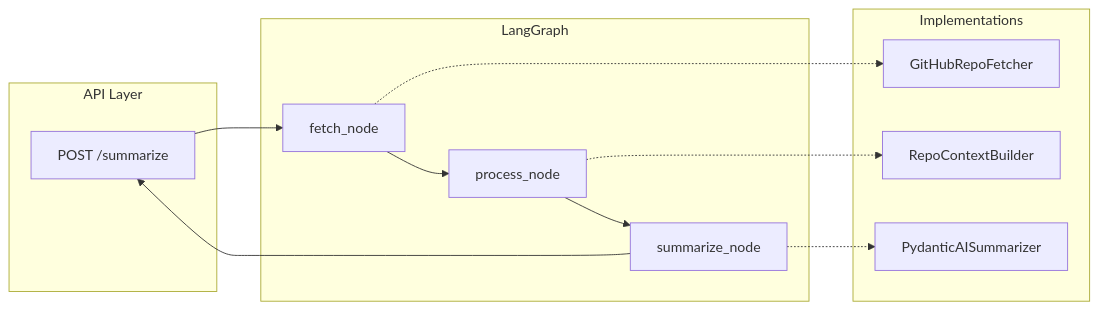
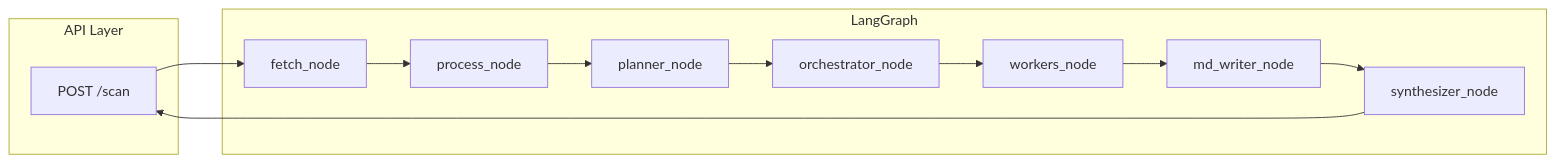
Before and after one commit to Net-AI-Git/Project-scanner: the diagram in docs/CODEBASE_SUMMARY.md, drawn with Mermaid. The commit also changed other lines of this file and 26 other files, not shown here.

````diff
--- a/docs/CODEBASE_SUMMARY.md
+++ b/docs/CODEBASE_SUMMARY.md
@@ -17,23 +17,23 @@
 ```mermaid
 flowchart LR
     subgraph api [API Layer]
-        POST["POST /summarize"]
+        POST["POST /scan"]
     end
     subgraph graph [LangGraph]
         F[fetch_node]
         P[process_node]
-        S[summarize_node]
-    end
-    subgraph impl [Implementations]
-        GF[GitHubRepoFetcher]
-        RC[RepoContextBuilder]
-        PS[PydanticAISummarizer]
+        Planner[planner_node]
+        Orch[orchestrator_node]
+        Workers[workers_node]
+        MD[md_writer_node]
+        Synth[synthesizer_node]
     end
     POST --> F
     F --> P
-    P --> S
-    S --> POST
-    F -.-> GF
-    P -.-> RC
-    S -.-> PS
+    P --> Planner
+    Planner --> Orch
+    Orch --> Workers
+    Workers --> MD
+    MD --> Synth
+    Synth --> POST
 ```
````
